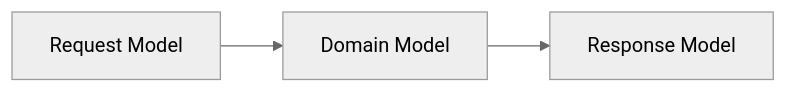
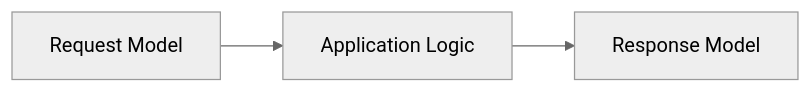
Before and after one commit to chirijose79-ui/Chiri: the fourth of 22 diagrams in docs/060_API.md, drawn with Mermaid (neutral theme). The commit also changed other lines of this file, not shown here.

````diff
--- a/docs/060_API.md
+++ b/docs/060_API.md
@@ -395,13 +456,12 @@
-```mermaid id="9x5m2q"
+```mermaid id="3p6x8q"
 flowchart LR
 
     Request["Request Model"]
 
-    Domain["Domain Model"]
+    Application["Application Logic"]
 
     Response["Response Model"]
 
-
-    Request --> Domain
-    Domain --> Response
+    Request --> Application
+    Application --> Response
 ```
````
